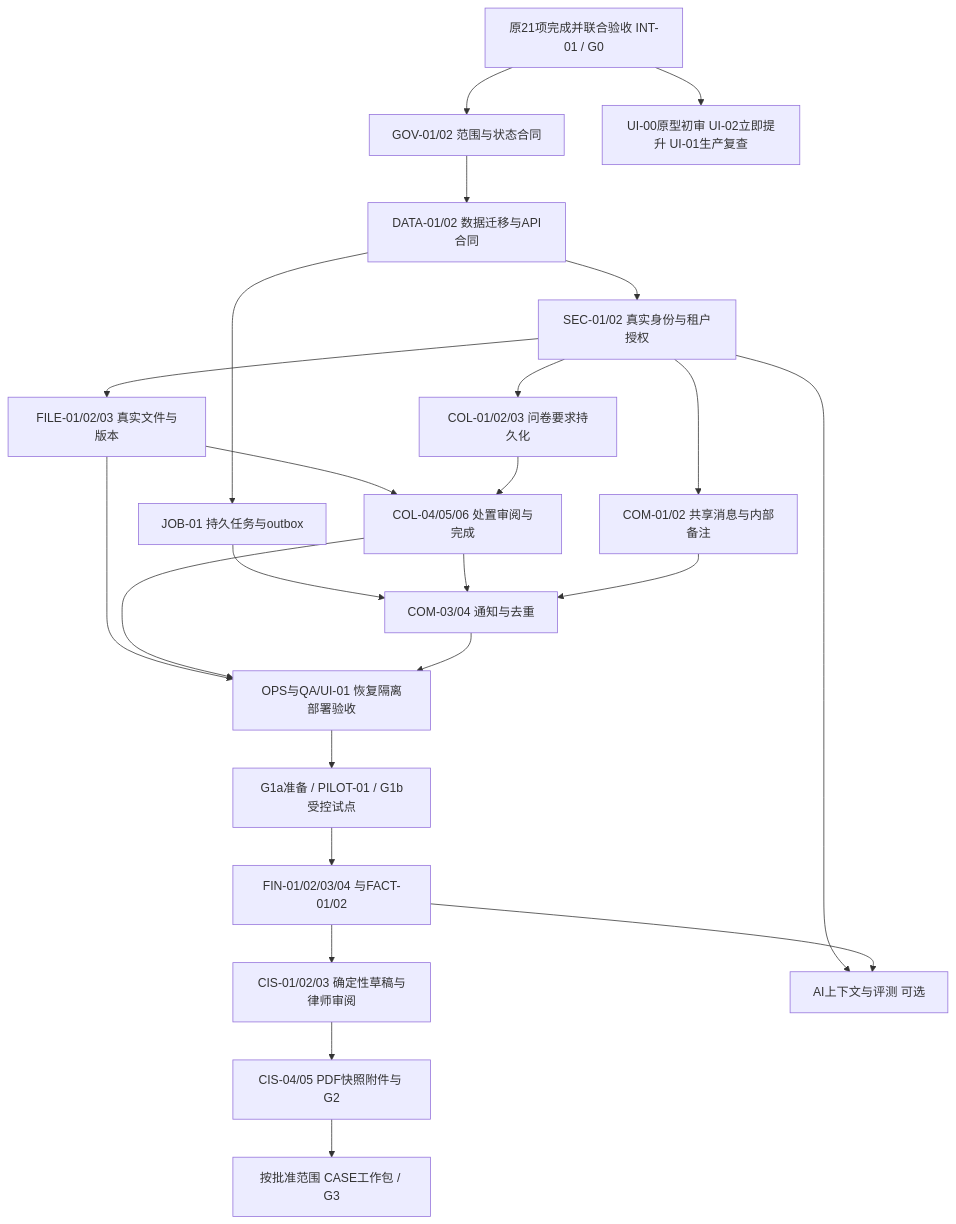
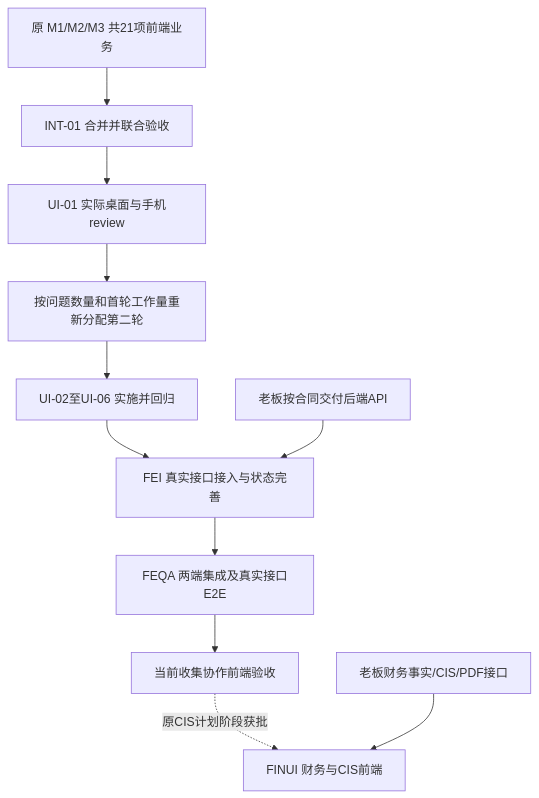
The diagram in docs/project-roadmap-and-work-breakdown.md (achen-temp/family-law-wise), drawn with Mermaid before and after one commit. The commit also changed other lines of this file and 6 other files, not shown here.

````diff
--- a/docs/project-roadmap-and-work-breakdown.md
+++ b/docs/project-roadmap-and-work-breakdown.md
@@ -216,26 +46,13 @@
 ```mermaid
 flowchart TD
-  F[原21项完成并联合验收 INT-01 / G0] --> D[GOV-01/02 范围与状态合同]
-  D --> DB[DATA-01/02 数据迁移与API合同]
-  DB --> AUTH[SEC-01/02 真实身份与租户授权]
-  DB --> JOB[JOB-01 持久任务与outbox]
-  AUTH --> UP[FILE-01/02/03 真实文件与版本]
-  AUTH --> COL[COL-01/02/03 问卷要求持久化]
-  UP --> REV[COL-04/05/06 处置审阅与完成]
-  COL --> REV
-  AUTH --> MSG[COM-01/02 共享消息与内部备注]
-  JOB --> MAIL[COM-03/04 通知与去重]
-  REV --> MAIL
-  MSG --> MAIL
-  UP --> OPS[OPS与QA/UI-01 恢复隔离部署验收]
-  REV --> OPS
-  MAIL --> OPS
-  OPS --> P[G1a准备 / PILOT-01 / G1b受控试点]
-  P --> FIN[FIN-01/02/03/04 与FACT-01/02]
-  FIN --> MAP[CIS-01/02/03 确定性草稿与律师审阅]
-  MAP --> PDF[CIS-04/05 PDF快照附件与 G2]
-  PDF --> L3[按批准范围 CASE工作包 / G3]
-  AUTH --> AI[AI上下文与评测 可选]
-  FIN --> AI
-  F --> UI[UI-00原型初审 UI-02立即提升 UI-01生产复查]
+  A[原 M1/M2/M3 共21项前端业务] --> B[INT-01 合并并联合验收]
+  B --> C[UI-01 实际桌面与手机review]
+  C --> D[按问题数量和首轮工作量重新分配第二轮]
+  D --> E[UI-02至UI-06 实施并回归]
+  E --> F[FEI 真实接口接入与状态完善]
+  G[老板按合同交付后端API] --> F
+  F --> H[FEQA 两端集成及真实接口E2E]
+  H --> I[当前收集协作前端验收]
+  I -.原CIS计划阶段获批.-> J[FINUI 财务与CIS前端]
+  K[老板财务事实/CIS/PDF接口] --> J
 ```
````
